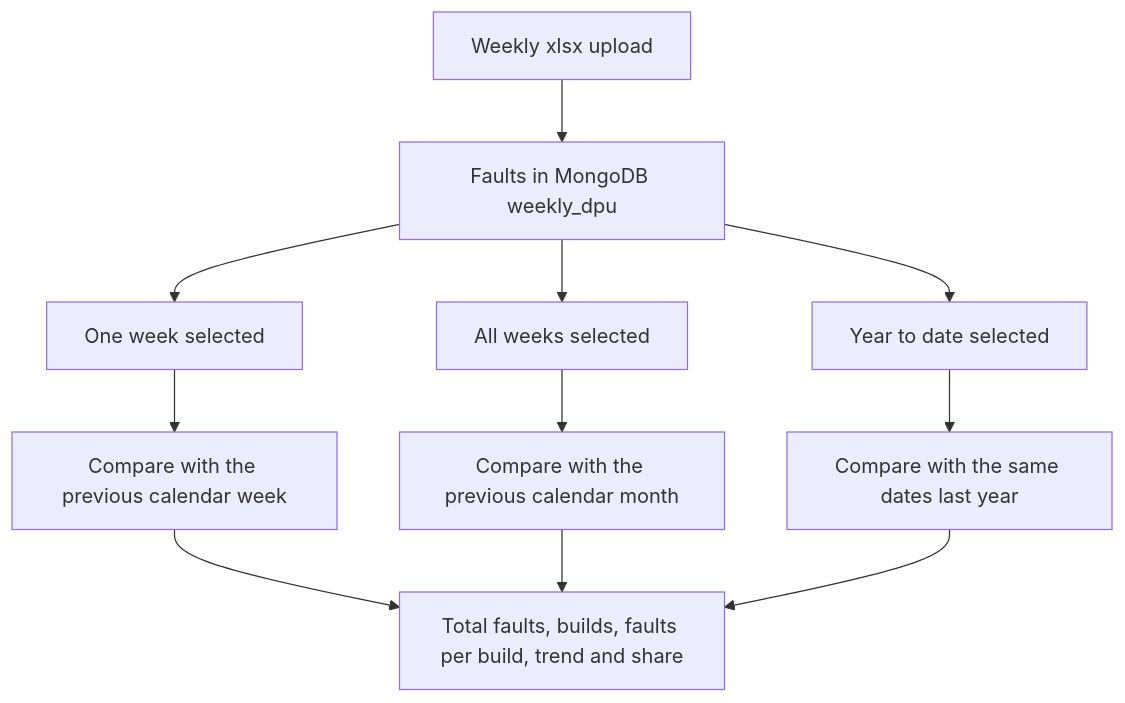
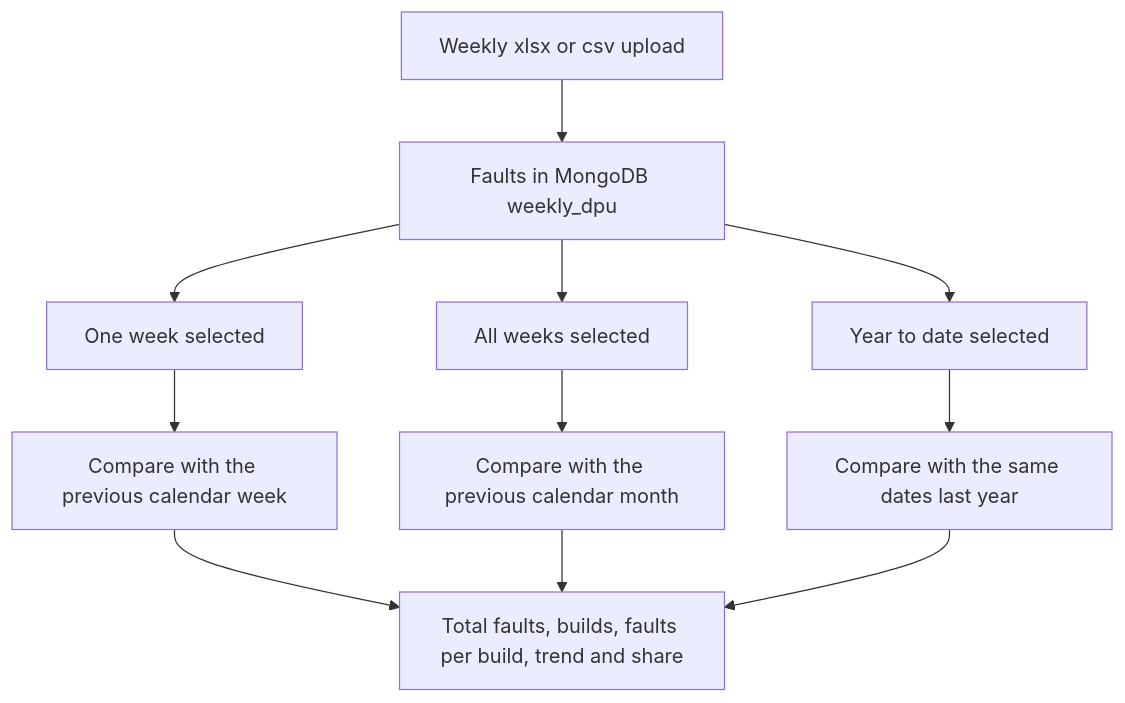
The second of 2 diagrams in README.md (BigTrip1/weekly-dpu), drawn with Mermaid before and after one commit. The commit also changed other lines of this file and 7 other files, not shown here.

Commit message:
Accept CSV uploads of the raw faults extract, with a mock CSV sample

````diff
--- a/README.md
+++ b/README.md
@@ -63,13 +63,13 @@
 ```mermaid
 flowchart TD
-  upload["Weekly xlsx upload"] --> stored["Faults in MongoDB weekly_dpu"]
+  upload["Weekly xlsx or csv upload"] --> stored["Faults in MongoDB weekly_dpu"]
   stored --> weekView["One week selected"]
   stored --> monthView["All weeks selected"]
   stored --> ytdView["Year to date selected"]
   weekView --> prevWeek["Compare with the previous calendar week"]
   monthView --> prevMonth["Compare with the previous calendar month"]
   ytdView --> prevYear["Compare with the same dates last year"]
   prevWeek --> tiles["Total faults, builds, faults per build, trend and share"]
   prevMonth --> tiles
   prevYear --> tiles
 ```
````
